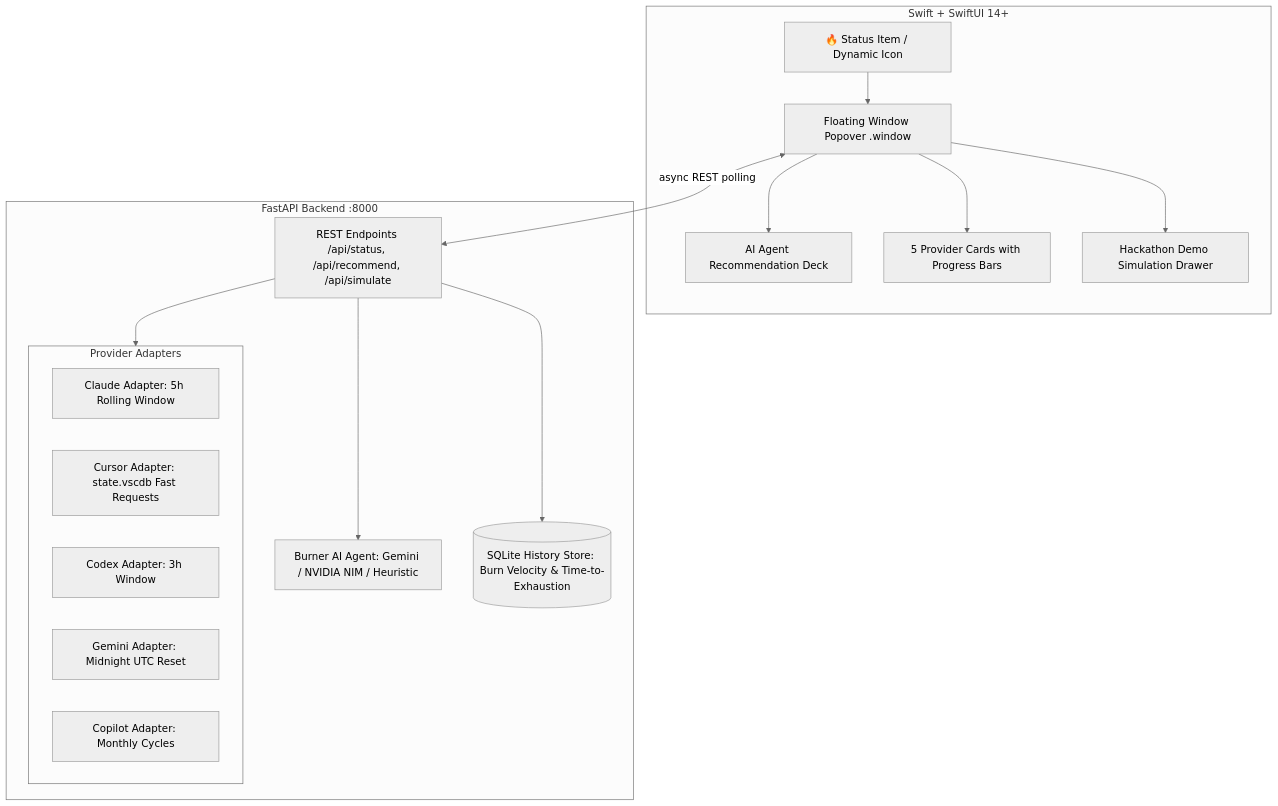
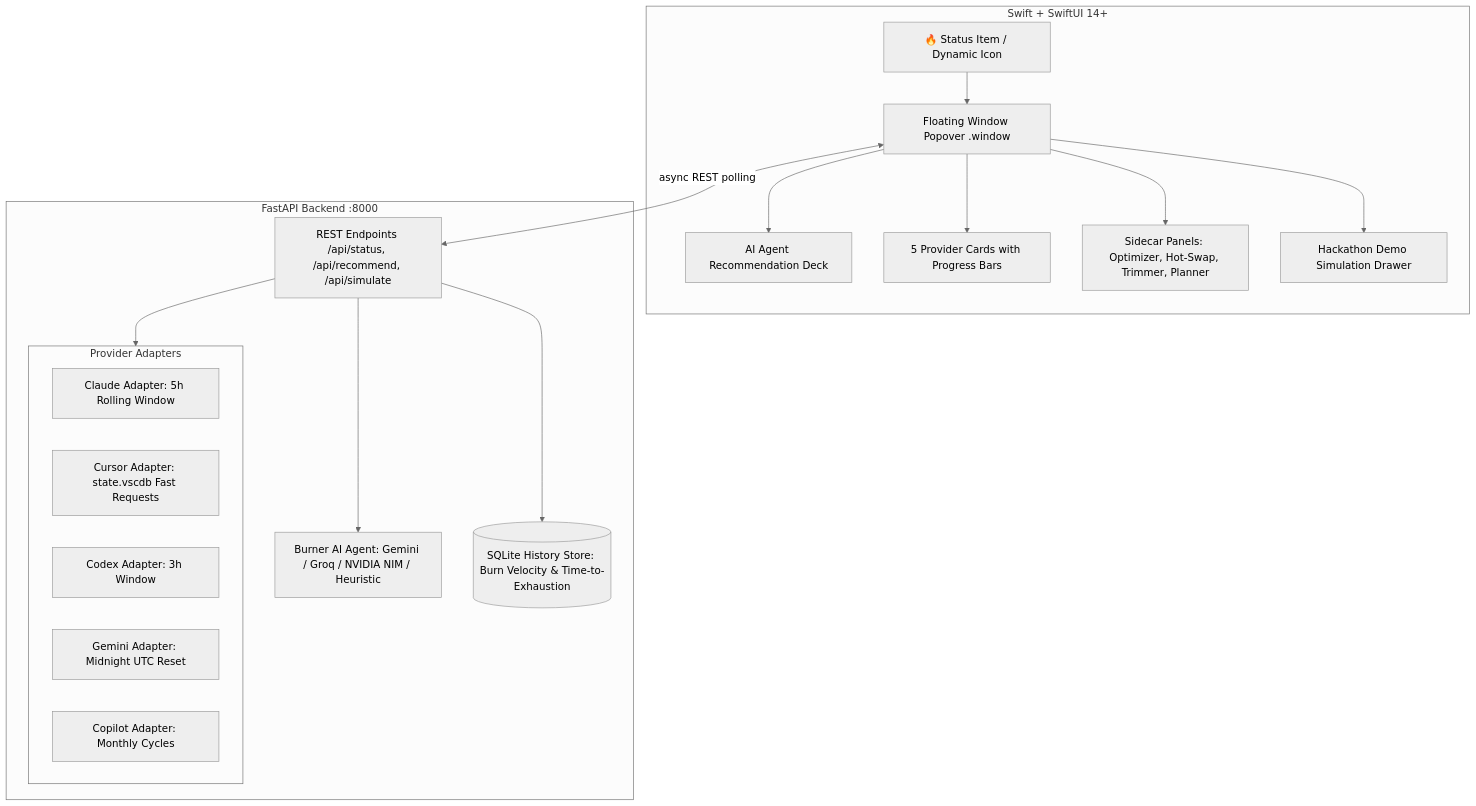
One commit to sagars2004/Burner changed the diagram in README.md. Above: the diagram before and after it, drawn with Mermaid (neutral theme). The commit also changed other lines of this file and 6 other files, not shown here.

````diff
--- a/README.md
+++ b/README.md
@@ -26,33 +108,35 @@
 ```mermaid
 graph TD
     subgraph macOS Menu Bar Shell [Swift + SwiftUI 14+]
         Icon[🔥 Status Item / Dynamic Icon]
         Popover[Floating Window Popover .window]
         AgentDeck[AI Agent Recommendation Deck]
         Providers[5 Provider Cards with Progress Bars]
+        SidePanels[Sidecar Panels: Optimizer, Hot-Swap, Trimmer, Planner]
         SimDrawer[Hackathon Demo Simulation Drawer]
     end
 
     subgraph Local Python Engine [FastAPI Backend :8000]
         API[REST Endpoints /api/status, /api/recommend, /api/simulate]
-        Agent[Burner AI Agent: Gemini / NVIDIA NIM / Heuristic]
+        Agent[Burner AI Agent: Gemini / Groq / NVIDIA NIM / Heuristic]
         Store[(SQLite History Store: Burn Velocity & Time-to-Exhaustion)]
         
         subgraph Adapters [Provider Adapters]
             ClaudeAd[Claude Adapter: 5h Rolling Window]
             CursorAd[Cursor Adapter: state.vscdb Fast Requests]
             CodexAd[Codex Adapter: 3h Window]
             GeminiAd[Gemini Adapter: Midnight UTC Reset]
             CopilotAd[Copilot Adapter: Monthly Cycles]
         end
     end
 
     Icon --> Popover
     Popover --> AgentDeck
     Popover --> Providers
+    Popover --> SidePanels
     Popover --> SimDrawer
     Popover <-->|async REST polling| API
     API --> Agent
     API --> Store
     API --> Adapters
 ```
````
